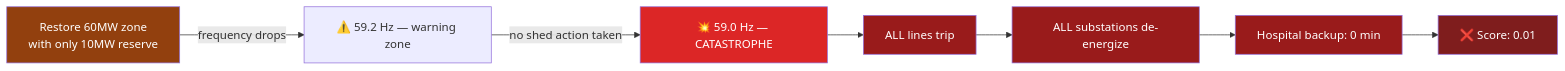
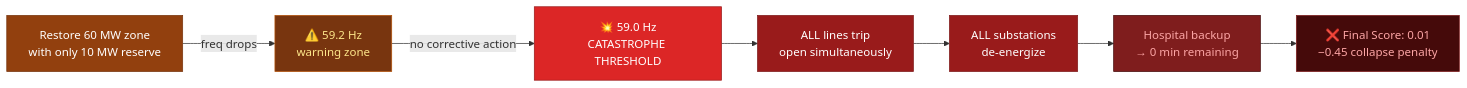
The third of 11 diagrams in README.md (Ankitpatil944/blackout-city), drawn with Mermaid before and after one commit. The commit also changed other lines of this file, not shown here.

````diff
--- a/README.md
+++ b/README.md
@@ -95,16 +121,17 @@
 ```mermaid
 flowchart LR
-    A["Restore 60MW zone<br/>with only 10MW reserve"] -->|"frequency drops"| B["⚠️ 59.2 Hz — warning zone"]
-    B -->|"no shed action taken"| C["💥 59.0 Hz — CATASTROPHE"]
-    C --> D["ALL lines trip"]
-    D --> E["ALL substations de-energize"]
-    E --> F["Hospital backup: 0 min"]
-    F --> G["❌ Score: 0.01"]
+    A["Restore 60 MW zone<br/>with only 10 MW reserve"] -->|"freq drops"| B["⚠️ 59.2 Hz<br/>warning zone"]
+    B -->|"no corrective action"| C["💥 59.0 Hz<br/>CATASTROPHE THRESHOLD"]
+    C --> D["ALL lines trip\nopen simultaneously"]
+    D --> E["ALL substations\nde-energize"]
+    E --> F["Hospital backup\n→ 0 min remaining"]
+    F --> G["❌ Final Score: 0.01\n−0.45 collapse penalty"]
 
-    style A fill:#92400e,color:#fff
-    style C fill:#dc2626,color:#fff
-    style G fill:#7f1d1d,color:#fff
-    style D fill:#991b1b,color:#fff
-    style E fill:#991b1b,color:#fff
-    style F fill:#991b1b,color:#fff
+    style A fill:#92400e,color:#fff,stroke:#78350f
+    style B fill:#78350f,color:#fde68a,stroke:#b45309
+    style C fill:#dc2626,color:#fff,stroke:#991b1b
+    style D fill:#991b1b,color:#fff,stroke:#7f1d1d
+    style E fill:#991b1b,color:#fff,stroke:#7f1d1d
+    style F fill:#7f1d1d,color:#fca5a5,stroke:#450a0a
+    style G fill:#450a0a,color:#fca5a5,stroke:#7f1d1d
 ```
````
